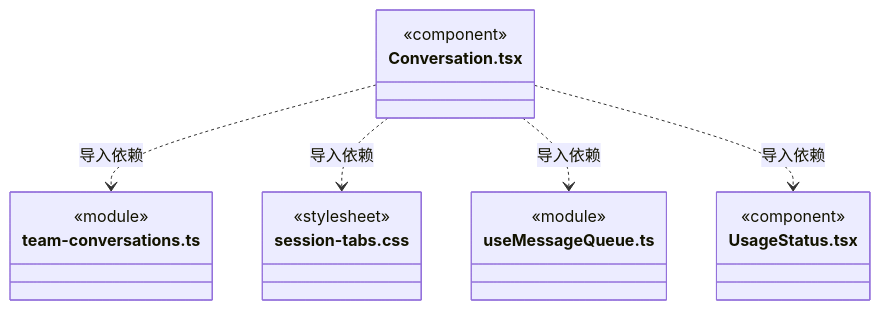
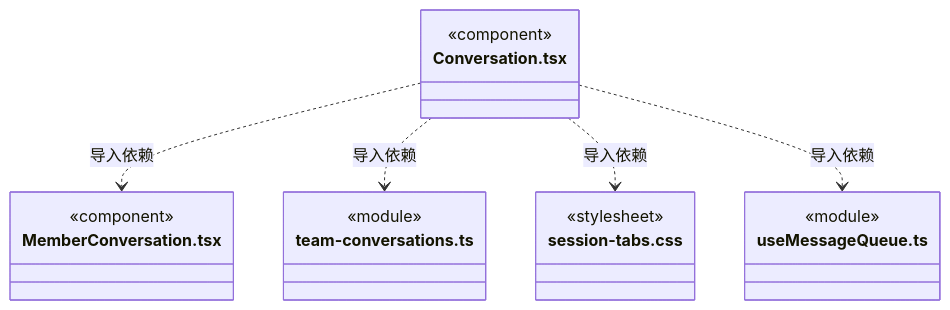
Before and after one commit to nan023062/cbim: diagram 45 of 54 in src/view/conversation/ARCHITECTURE.md, drawn with Mermaid. The commit also changed other lines of this file and 19 other files, not shown here.

````diff
--- a/src/view/conversation/ARCHITECTURE.md
+++ b/src/view/conversation/ARCHITECTURE.md
@@ -586,22 +676,22 @@
 ```mermaid
 classDiagram
 class N_src_view_conversation_Conversation_tsx["Conversation.tsx"] {
+  <<component>>
+}
+class N_src_view_conversation_MemberConversation_tsx["MemberConversation.tsx"] {
   <<component>>
 }
 class N_src_view_conversation_team_conversations_ts["team-conversations.ts"] {
   <<module>>
 }
 class N_src_view_conversation_session_tabs_css["session-tabs.css"] {
   <<stylesheet>>
 }
 class N_src_view_conversation_useMessageQueue_ts["useMessageQueue.ts"] {
   <<module>>
 }
-class N_src_view_conversation_UsageStatus_tsx["UsageStatus.tsx"] {
-  <<component>>
-}
+N_src_view_conversation_Conversation_tsx ..> N_src_view_conversation_MemberConversation_tsx : 导入依赖
 N_src_view_conversation_Conversation_tsx ..> N_src_view_conversation_team_conversations_ts : 导入依赖
 N_src_view_conversation_Conversation_tsx ..> N_src_view_conversation_session_tabs_css : 导入依赖
 N_src_view_conversation_Conversation_tsx ..> N_src_view_conversation_useMessageQueue_ts : 导入依赖
-N_src_view_conversation_Conversation_tsx ..> N_src_view_conversation_UsageStatus_tsx : 导入依赖
 ```
````
